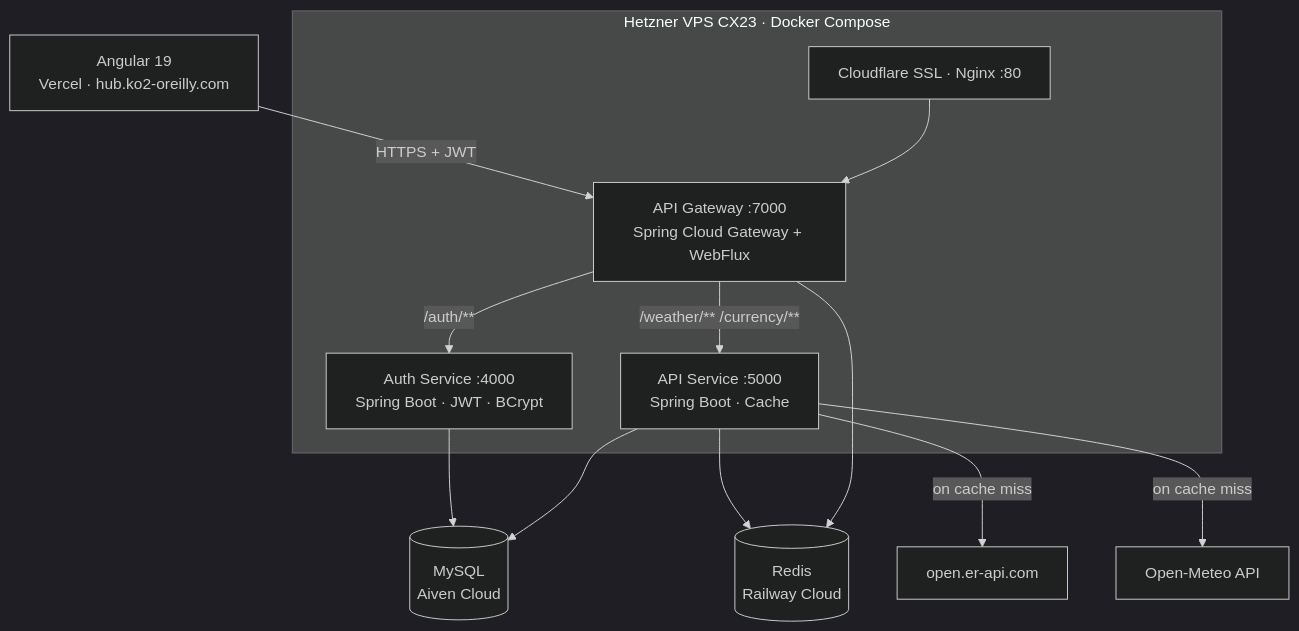
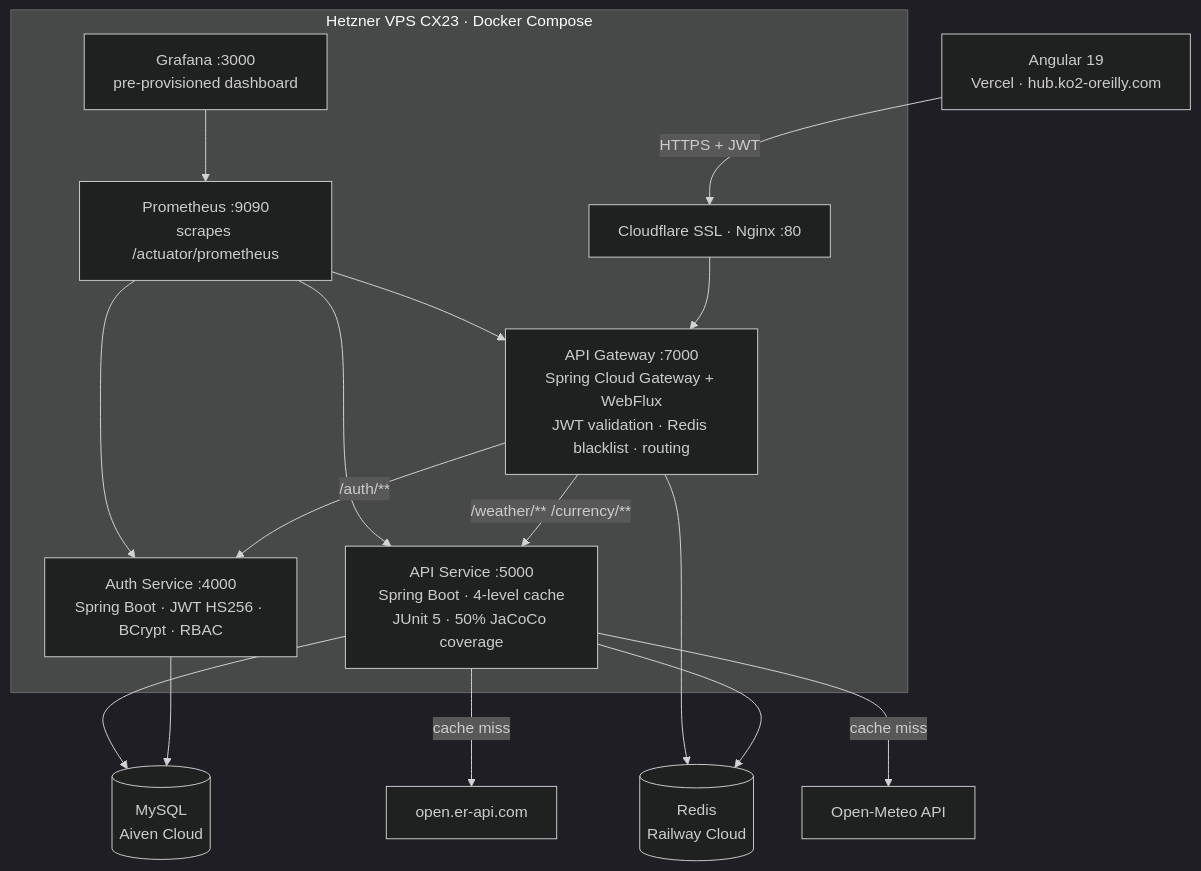
Before and after one commit to ko2javier/server-infrastructure: the diagram in README.md, drawn with Mermaid (dark theme). The commit also changed other lines of this file and 1 other file, not shown here.

Commit message:
docs: rewrite README with observability section and Grafana dashboard screenshot

````diff
--- a/README.md
+++ b/README.md
@@ -20,18 +20,22 @@
 ```mermaid
 graph TD
-    A["Angular 19<br/>Vercel · hub.ko2-oreilly.com"] -->|"HTTPS + JWT"| B
+    A["Angular 19<br/>Vercel · hub.ko2-oreilly.com"] -->|"HTTPS + JWT"| CF
 
     subgraph VPS ["Hetzner VPS CX23 · Docker Compose"]
-        CF["Cloudflare SSL · Nginx :80"] --> B
-        B["API Gateway :7000<br/>Spring Cloud Gateway + WebFlux"]
-        B -->|"/auth/**"| C["Auth Service :4000<br/>Spring Boot · JWT · BCrypt"]
-        B -->|"/weather/** /currency/**"| D["API Service :5000<br/>Spring Boot · Cache"]
+        CF["Cloudflare SSL · Nginx :80"] --> GW
+        GW["API Gateway :7000<br/>Spring Cloud Gateway + WebFlux<br/>JWT validation · Redis blacklist · routing"]
+        GW -->|"/auth/**"| AUTH["Auth Service :4000<br/>Spring Boot · JWT HS256 · BCrypt · RBAC"]
+        GW -->|"/weather/** /currency/**"| API["API Service :5000<br/>Spring Boot · 4-level cache<br/>JUnit 5 · 50% JaCoCo coverage"]
+        PROM["Prometheus :9090<br/>scrapes /actuator/prometheus"] --> GW
+        PROM --> AUTH
+        PROM --> API
+        GRAF["Grafana :3000<br/>pre-provisioned dashboard"] --> PROM
     end
 
-    C --> E[("MySQL<br/>Aiven Cloud")]
-    D --> E
-    D --> F[("Redis<br/>Railway Cloud")]
-    B --> F
-    D -->|"on cache miss"| G["open.er-api.com"]
-    D -->|"on cache miss"| H["Open-Meteo API"]
+    AUTH --> DB[("MySQL<br/>Aiven Cloud")]
+    API --> DB
+    API --> RD[("Redis<br/>Railway Cloud")]
+    GW --> RD
+    API -->|"cache miss"| ER["open.er-api.com"]
+    API -->|"cache miss"| OM["Open-Meteo API"]
 ```
````
